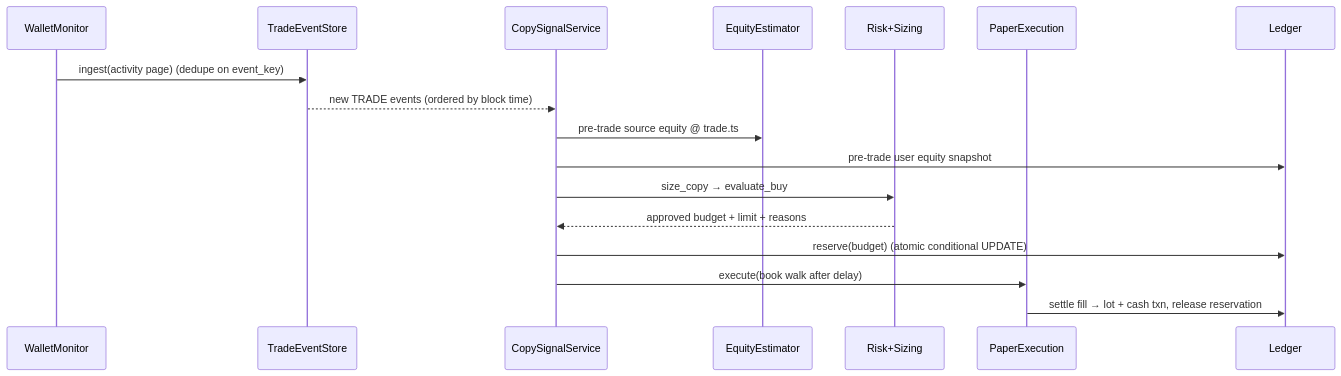
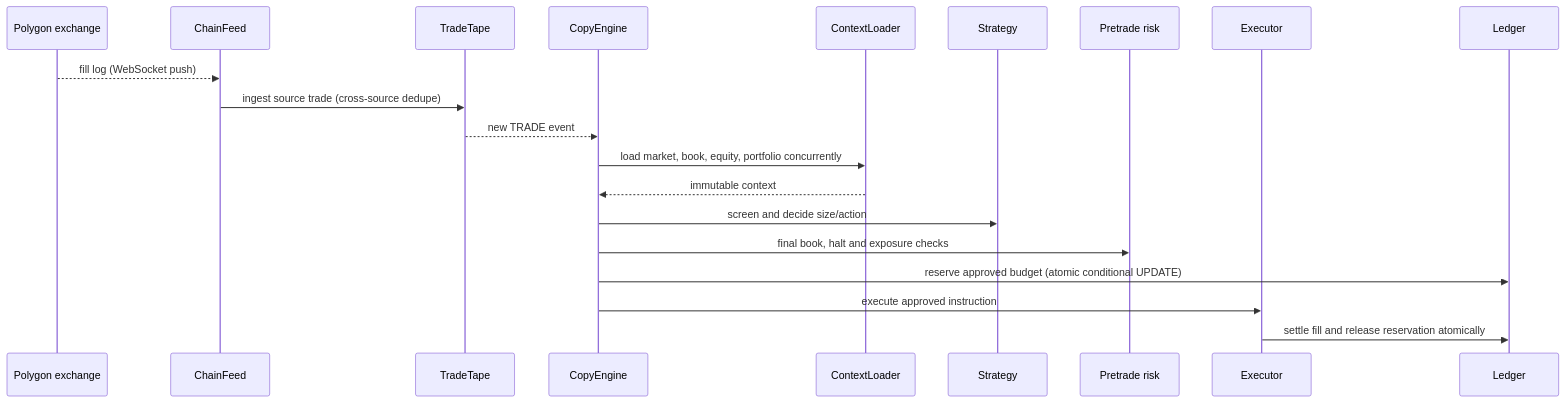
Before and after one commit to gokulsivaji03-svg/poly: the second of 2 diagrams in docs/ARCHITECTURE.md, drawn with Mermaid. The commit also changed other lines of this file and 51 other files, not shown here.

First line of the commit message:
refactor(engine): stage copy pipeline around chain feed

````diff
--- a/docs/ARCHITECTURE.md
+++ b/docs/ARCHITECTURE.md
@@ -57,19 +64,22 @@
 ```mermaid
 sequenceDiagram
-  participant WM as WalletMonitor
-  participant ES as TradeEventStore
-  participant CS as CopySignalService
-  participant EQ as EquityEstimator
-  participant RK as Risk+Sizing
-  participant PX as PaperExecution
+  participant EX as Polygon exchange
+  participant CF as ChainFeed
+  participant TP as TradeTape
+  participant CE as CopyEngine
+  participant CX as ContextLoader
+  participant ST as Strategy
+  participant RK as Pretrade risk
+  participant VN as Executor
   participant LD as Ledger
-  WM->>ES: ingest(activity page)  (dedupe on event_key)
-  ES-->>CS: new TRADE events (ordered by block time)
-  CS->>EQ: pre-trade source equity @ trade.ts
-  CS->>LD: pre-trade user equity snapshot
-  CS->>RK: size_copy → evaluate_buy
-  RK-->>CS: approved budget + limit + reasons
-  CS->>LD: reserve(budget)  (atomic conditional UPDATE)
-  CS->>PX: execute(book walk after delay)
-  PX->>LD: settle fill → lot + cash txn, release reservation
+  EX-->>CF: fill log (WebSocket push)
+  CF->>TP: ingest source trade (cross-source dedupe)
+  TP-->>CE: new TRADE event
+  CE->>CX: load market, book, equity, portfolio concurrently
+  CX-->>CE: immutable context
+  CE->>ST: screen and decide size/action
+  CE->>RK: final book, halt and exposure checks
+  CE->>LD: reserve approved budget (atomic conditional UPDATE)
+  CE->>VN: execute approved instruction
+  VN->>LD: settle fill and release reservation atomically
 ```
````
